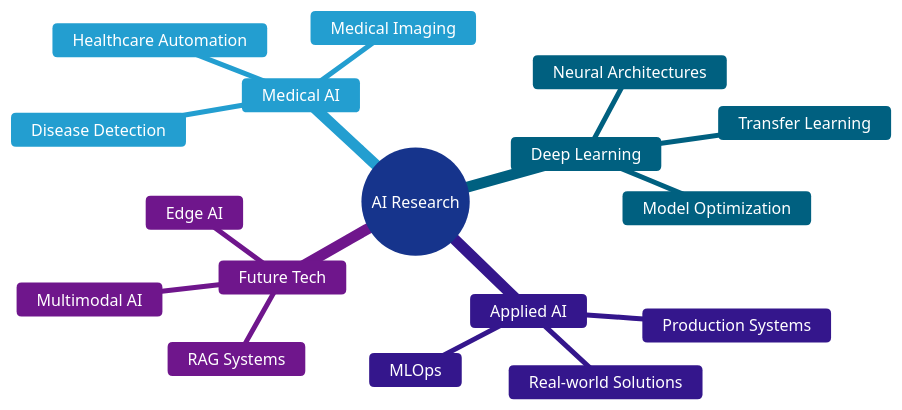
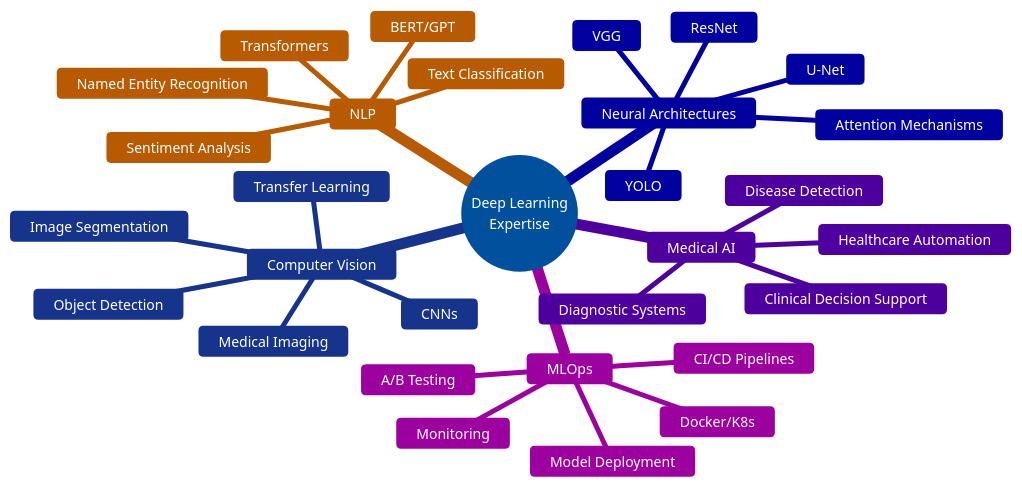
One commit to Ycmmn/Ycmmn changed the second of 7 diagrams in README.md. Above: the diagram before and after it, drawn with Mermaid. The commit also changed other lines of this file, not shown here.

````diff
--- a/README.md
+++ b/README.md
@@ -159,21 +93,34 @@
 ```mermaid
-%%{init: {'theme':'base', 'themeVariables': { 'primaryColor':'#4169E1','primaryTextColor':'#FFFFFF','primaryBorderColor':'#0047AB','lineColor':'#1E90FF','secondaryColor':'#87CEEB','secondaryTextColor':'#000000','secondaryBorderColor':'#4682B4','tertiaryColor':'#00BFFF','tertiaryTextColor':'#000000','tertiaryBorderColor':'#1E90FF','background':'#0d1117','mainBkg':'#4169E1','secondBkg':'#87CEEB','tertiaryBkg':'#00BFFF','nodeBorder':'#0047AB','clusterBkg':'#E0F7FF','clusterBorder':'#4682B4','titleColor':'#1E90FF','edgeLabelBackground':'#E0F7FF','nodeTextColor':'#FFFFFF'}}}%%
+%%{init: {'theme':'base', 'themeVariables': { 'primaryColor':'#1E90FF','primaryTextColor':'#fff','primaryBorderColor':'#00BFFF','lineColor':'#00BFFF','secondaryColor':'#4169E1','background':'#0d1117','fontSize':'14px'}}}%%
 mindmap
-  root((AI Research))
+  root((Deep Learning<br/>Expertise))
+    Computer Vision
+      CNNs
+      Object Detection
+      Image Segmentation
+      Medical Imaging
+      Transfer Learning
+    NLP
+      Transformers
+      BERT/GPT
+      Text Classification
+      Named Entity Recognition
+      Sentiment Analysis
+    Neural Architectures
+      ResNet
+      VGG
+      YOLO
+      U-Net
+      Attention Mechanisms
     Medical AI
       Disease Detection
-      Medical Imaging
+      Diagnostic Systems
       Healthcare Automation
-    Deep Learning
-      Neural Architectures
-      Transfer Learning
-      Model Optimization
-    Applied AI
-      Production Systems
-      MLOps
-      Real-world Solutions
-    Future Tech
-      RAG Systems
-      Multimodal AI
-      Edge AI
+      Clinical Decision Support
+    MLOps
+      Model Deployment
+      Docker/K8s
+      CI/CD Pipelines
+      Monitoring
+      A/B Testing
 ```
````
